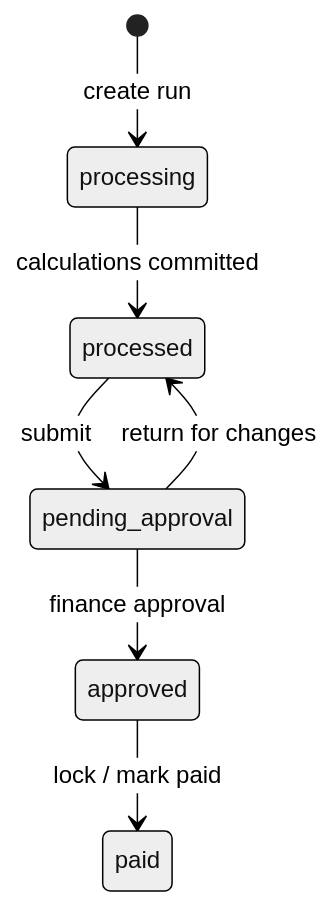
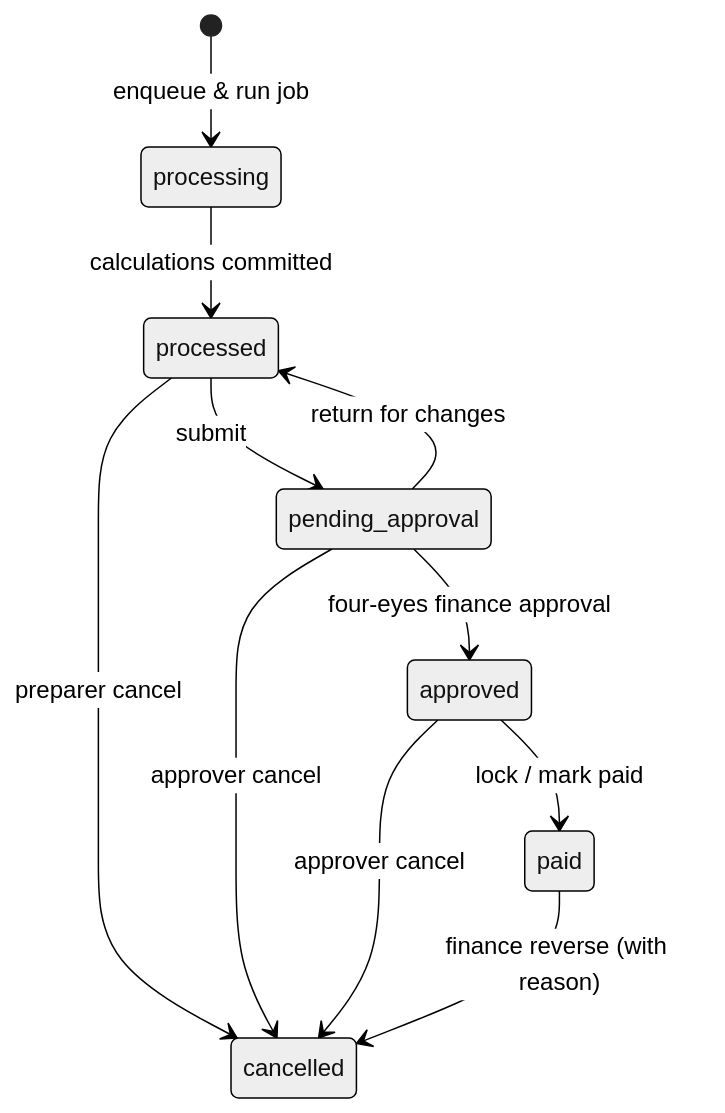
Before and after one commit to siewong007/payroll-system: the second of 2 diagrams in docs/architecture.md, drawn with Mermaid (neutral theme). The commit also changed other lines of this file and 207 other files, not shown here.

````diff
--- a/docs/architecture.md
+++ b/docs/architecture.md
@@ -89,9 +103,13 @@
 ```mermaid
 stateDiagram-v2
-    [*] --> processing: create run
+    [*] --> processing: enqueue & run job
     processing --> processed: calculations committed
     processed --> pending_approval: submit
-    pending_approval --> approved: finance approval
+    pending_approval --> approved: four-eyes finance approval
     pending_approval --> processed: return for changes
     approved --> paid: lock / mark paid
+    processed --> cancelled: preparer cancel
+    pending_approval --> cancelled: approver cancel
+    approved --> cancelled: approver cancel
+    paid --> cancelled: finance reverse (with reason)
 ```
````
